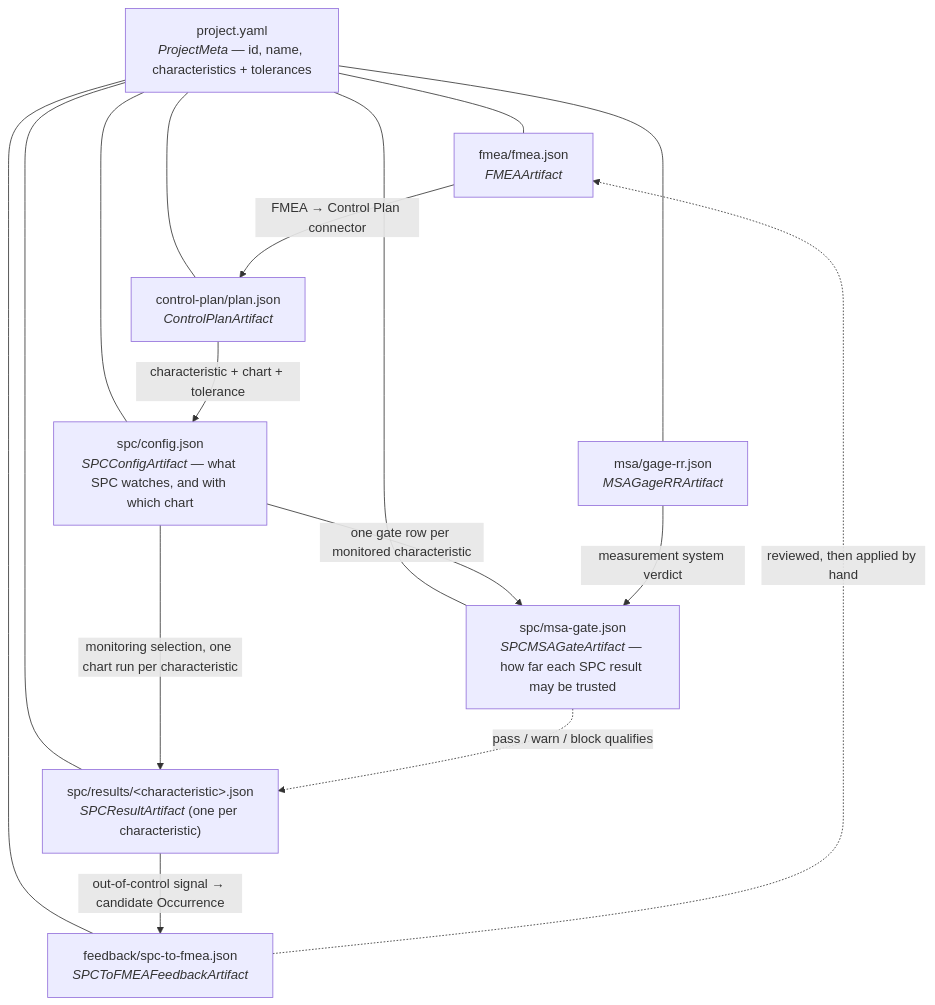
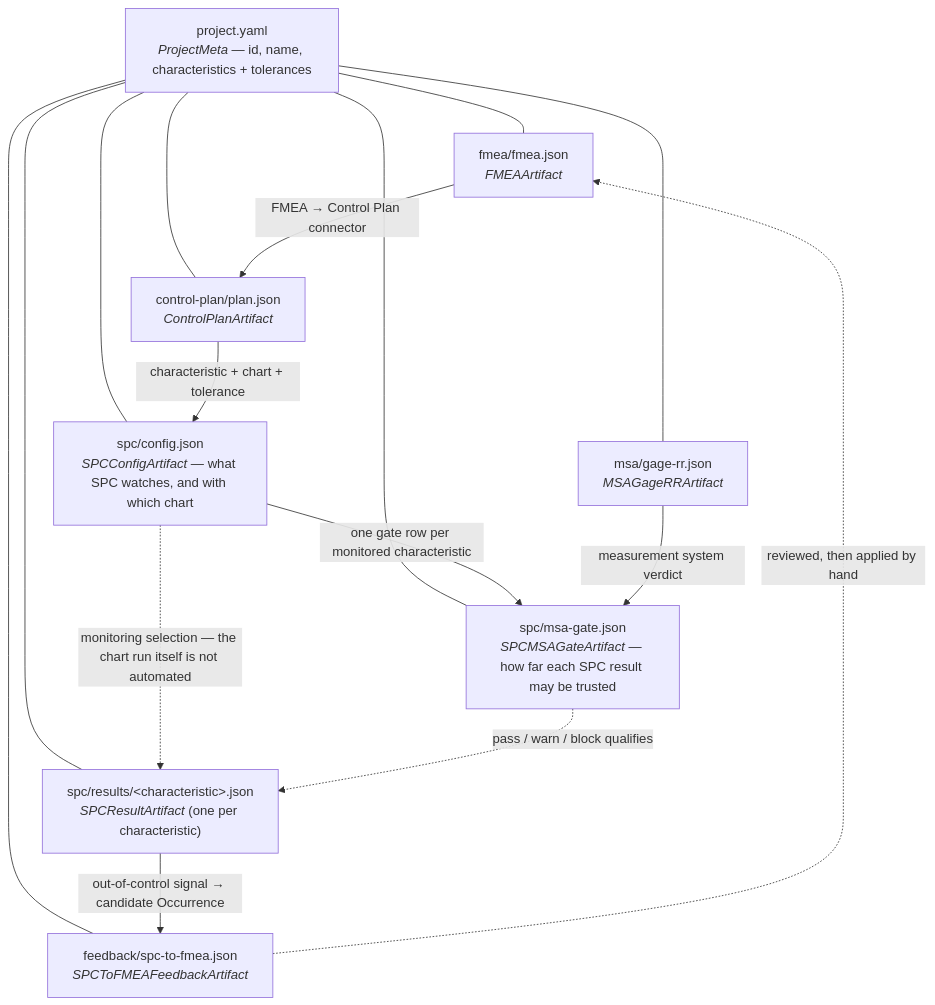
One commit to Siddardth7/quality-platform changed the diagram in docs/PROJECT_FILE_CONTRACT.md. Above: the diagram before and after it, drawn with Mermaid. The commit also changed other lines of this file and 16 other files, not shown here.

````diff
--- a/docs/PROJECT_FILE_CONTRACT.md
+++ b/docs/PROJECT_FILE_CONTRACT.md
@@ -25,28 +25,28 @@
 ```mermaid
 graph TD
     Y["project.yaml<br/><i>ProjectMeta</i> — id, name, characteristics + tolerances"]
     F["fmea/fmea.json<br/><i>FMEAArtifact</i>"]
     C["control-plan/plan.json<br/><i>ControlPlanArtifact</i>"]
     G["spc/config.json<br/><i>SPCConfigArtifact</i> — what SPC watches, and with which chart"]
     S["spc/results/&lt;characteristic&gt;.json<br/><i>SPCResultArtifact</i> (one per characteristic)"]
     M["msa/gage-rr.json<br/><i>MSAGageRRArtifact</i>"]
     K["spc/msa-gate.json<br/><i>SPCMSAGateArtifact</i> — how far each SPC result may be trusted"]
     B["feedback/spc-to-fmea.json<br/><i>SPCToFMEAFeedbackArtifact</i>"]
 
     Y --- F
     Y --- C
     Y --- G
     Y --- S
     Y --- M
     Y --- K
     Y --- B
 
     F -->|"FMEA → Control Plan connector"| C
     C -->|"characteristic + chart + tolerance"| G
-    G -->|"monitoring selection, one chart run per characteristic"| S
+    G -.->|"monitoring selection — the chart run itself is not automated"| S
     S -->|"out-of-control signal → candidate Occurrence"| B
     B -.->|"reviewed, then applied by hand"| F
     G -->|"one gate row per monitored characteristic"| K
     M -->|"measurement system verdict"| K
     K -.->|"pass / warn / block qualifies"| S
 ```
````
